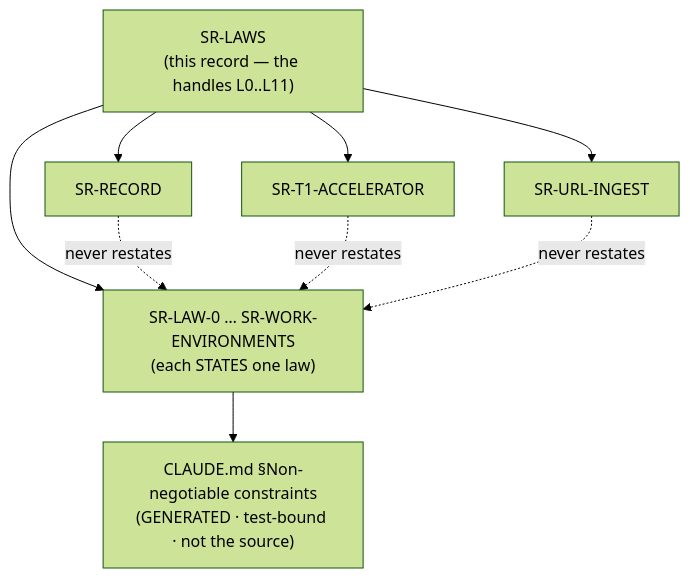
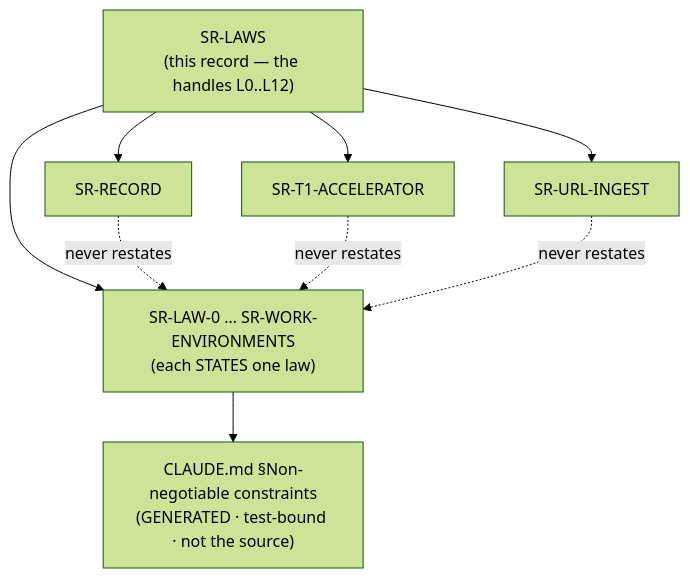
The diagram in records/0001_LAWS.md (arpitarya/fux), drawn with Mermaid (forest theme) before and after one commit. The commit also changed other lines of this file and 131 other files, not shown here.

````diff
--- a/records/0001_LAWS.md
+++ b/records/0001_LAWS.md
@@ -80,17 +81,17 @@
 ```mermaid
 flowchart TD
-    N["SR-LAWS<br/>(this record — the handles L0..L11)"]
+    N["SR-LAWS<br/>(this record — the handles L0..L12)"]
     W["SR-LAW-0 … SR-WORK-ENVIRONMENTS<br/>(each STATES one law)"]
     L["CLAUDE.md §Non-negotiable constraints<br/>(GENERATED · test-bound · not the source)"]
     A["SR-RECORD"]
     B["SR-T1-ACCELERATOR"]
     C["SR-URL-INGEST"]
     N --> W
     W --> L
     N --> A
     N --> B
     N --> C
     A -. "never restates" .-> W
     B -. "never restates" .-> W
     C -. "never restates" .-> W
 ```
````
